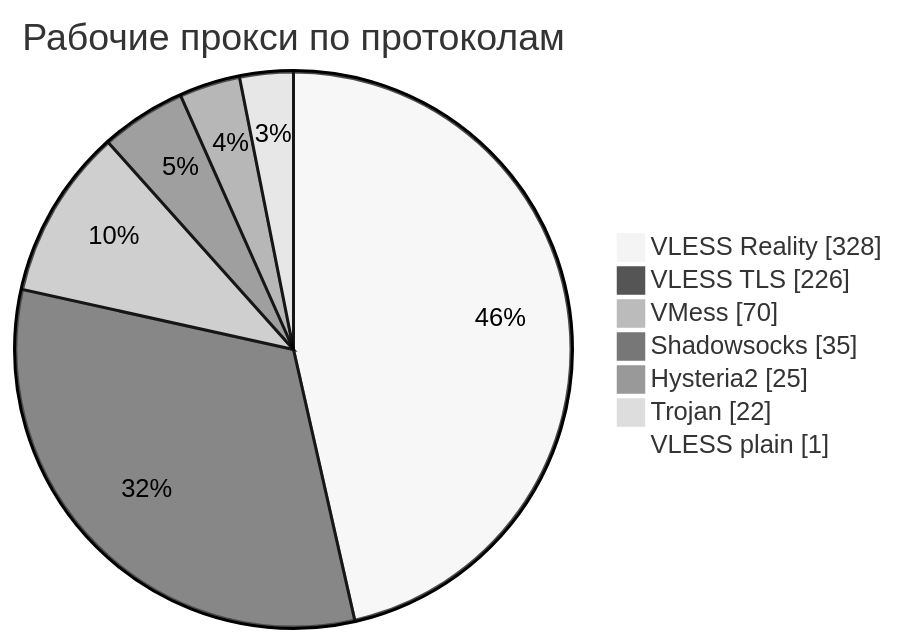
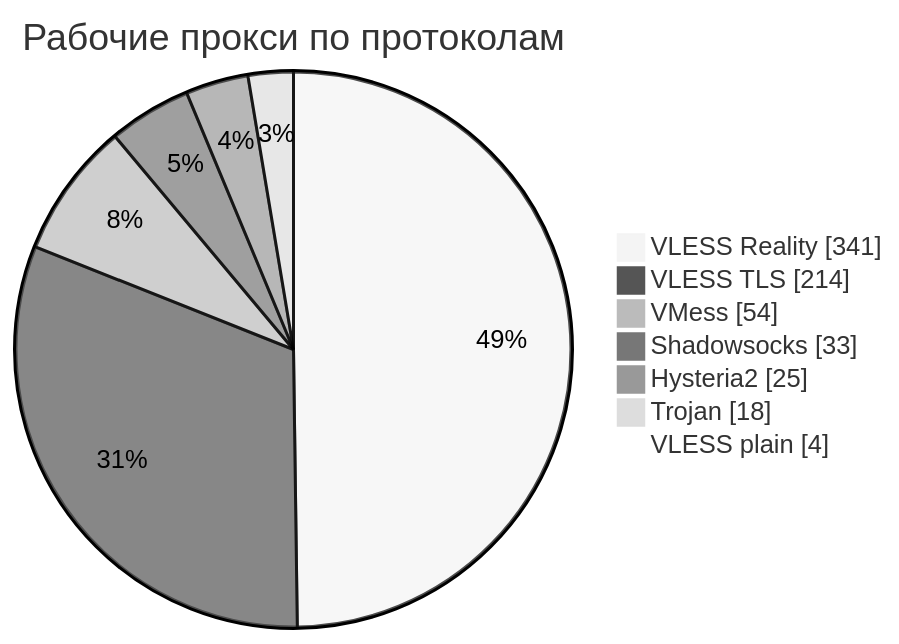
Before and after one commit to rvvg/proxy-subs: the third of 4 diagrams in README.md, drawn with Mermaid (neutral theme). The commit also changed other lines of this file and 51 other files, not shown here.

````diff
--- a/README.md
+++ b/README.md
@@ -141,11 +132,11 @@
 ```mermaid
 pie showData
     title Рабочие прокси по протоколам
-    "VLESS Reality" : 328
-    "VLESS TLS" : 226
-    "VMess" : 70
-    "Shadowsocks" : 35
+    "VLESS Reality" : 341
+    "VLESS TLS" : 214
+    "VMess" : 54
+    "Shadowsocks" : 33
     "Hysteria2" : 25
-    "Trojan" : 22
-    "VLESS plain" : 1
+    "Trojan" : 18
+    "VLESS plain" : 4
 ```
````
